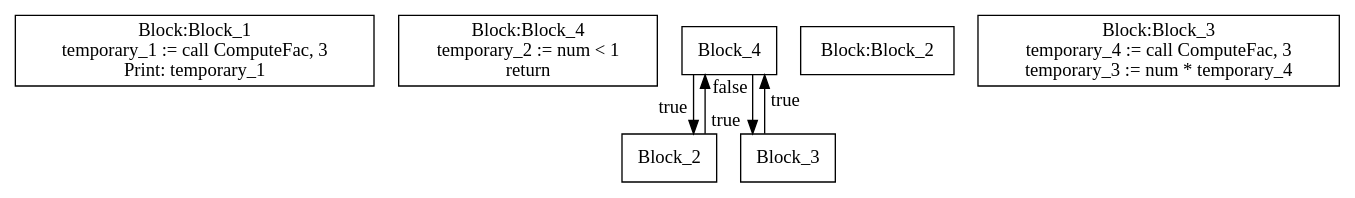
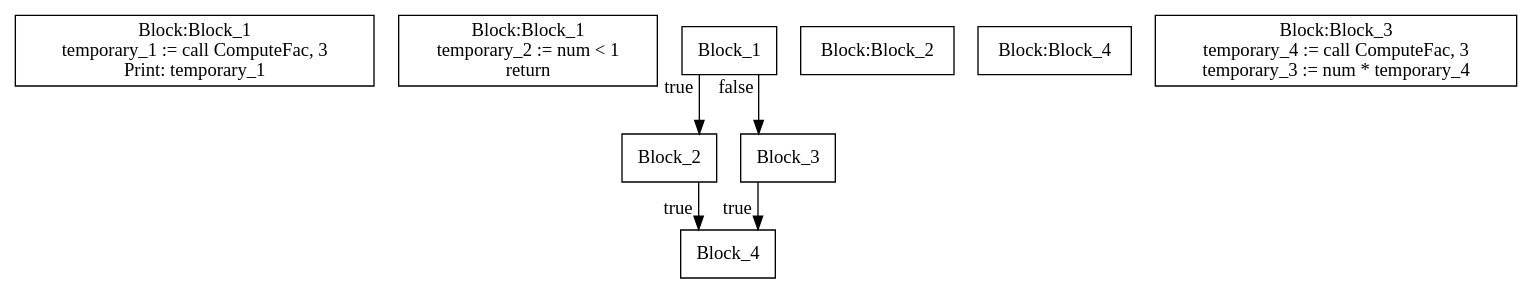
Before and after one commit to moondog-matthew/compiler-dv1655: the diagram in lab3/CFG-tree.dot, drawn with Graphviz. The commit also changed 4 other files, not shown here.

Commit message:
Fixed jumpblock bug. Had to have unique IDs otherwise graphviz made false output

```diff
--- a/lab3/CFG-tree.dot
+++ b/lab3/CFG-tree.dot
@@ -1,18 +1,19 @@
 digraph {
 graph [ splines = ortho ]
 	node [ shape = box ];
 block_0 [label="Block:Block_1
 temporary_1 := call ComputeFac, 3
 Print: temporary_1"];
-block_1 [label="Block:Block_4
+block_1 [label="Block:Block_1
 temporary_2 := num < 1
 return "];
-Block_4 -> Block_2 [xlabel = "true"]
+Block_1 -> Block_2 [xlabel = "true"]
 block_2 [label="Block:Block_2"];
 Block_2 -> Block_4 [xlabel = "true"]
-block_3 [label="Block:Block_3
+block_3 [label="Block:Block_4"];
+Block_1 -> Block_3 [xlabel = "false"]
+block_4 [label="Block:Block_3
 temporary_4 := call ComputeFac, 3
 temporary_3 := num * temporary_4"];
 Block_3 -> Block_4 [xlabel = "true"]
-Block_4 -> Block_3 [xlabel = "false"]
 }
```
